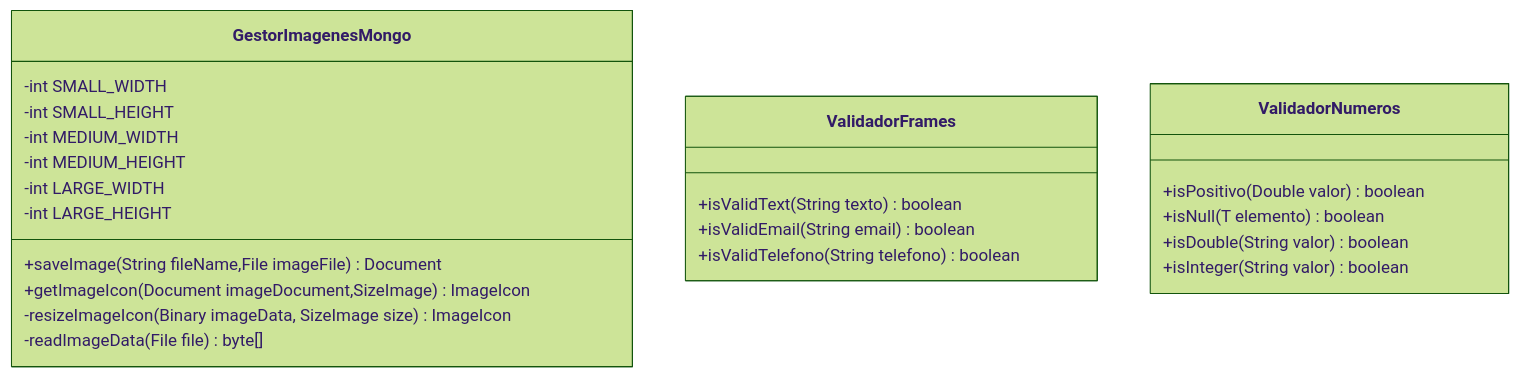
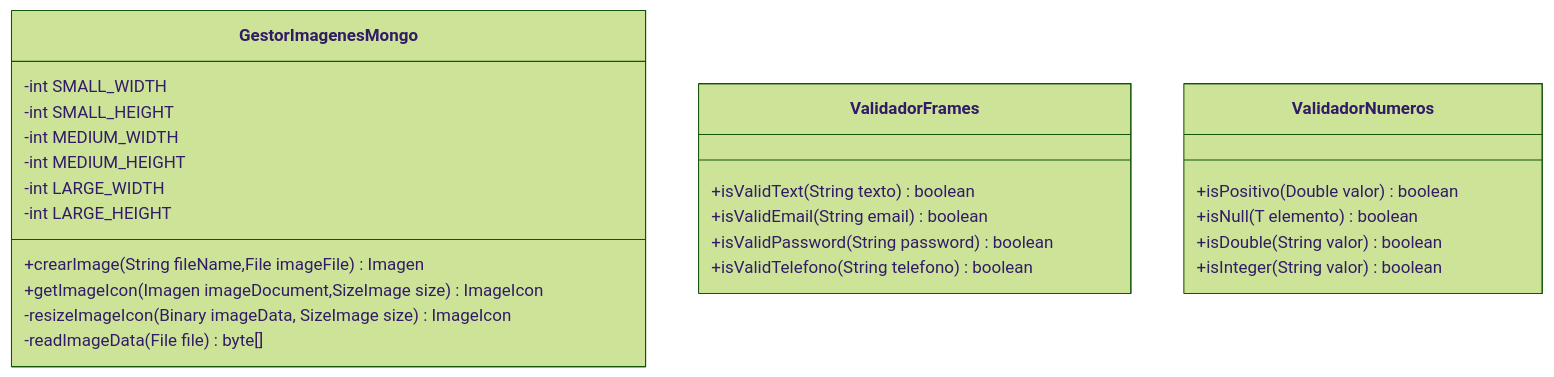
The second of 2 diagrams in 02_Design/DiagramasClases/utils.md (SilverFlin/Juatsap), drawn with Mermaid (forest theme) before and after one commit. The commit also changed other lines of this file, not shown here.

````diff
--- a/02_Design/DiagramasClases/utils.md
+++ b/02_Design/DiagramasClases/utils.md
@@ -22,30 +24,31 @@
 ```mermaid
 classDiagram
 
 class GestorImagenesMongo{
     -int SMALL_WIDTH
     -int SMALL_HEIGHT
     -int MEDIUM_WIDTH
     -int MEDIUM_HEIGHT
     -int LARGE_WIDTH
     -int LARGE_HEIGHT
 
-    +saveImage(String fileName,File imageFile) Document
-    +getImageIcon(Document imageDocument,SizeImage) ImageIcon
+    +crearImage(String fileName,File imageFile) Imagen
+    +getImageIcon(Imagen imageDocument,SizeImage size) ImageIcon
     -resizeImageIcon(Binary imageData, SizeImage size)  ImageIcon
     -readImageData(File file) byte[]
 
 }
 
 class ValidadorFrames{
     +isValidText(String texto) boolean
     +isValidEmail(String email) boolean
+    +isValidPassword(String password) boolean
     +isValidTelefono(String telefono) boolean
 }
 class ValidadorNumeros{
     +isPositivo(Double valor) boolean
     +isNull(T elemento)  boolean
     +isDouble(String valor) boolean
     +isInteger(String valor) boolean
 }
 ```
````
